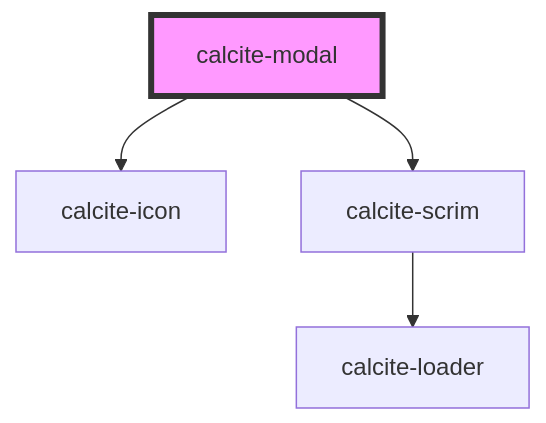
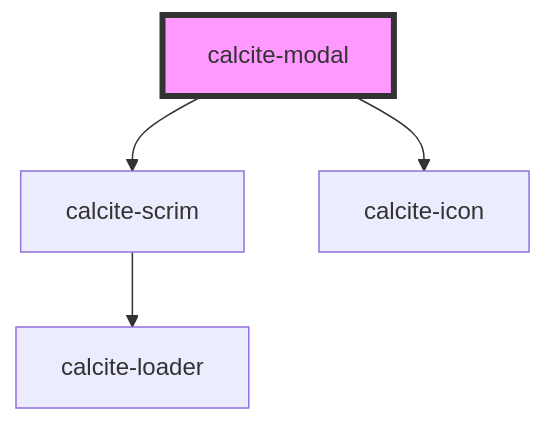
The diagram in src/components/calcite-modal/readme.md (vikivakarvc/calcite-design-system), drawn with Mermaid before and after one commit. The commit also changed other lines of this file and 4 other files, not shown here.

Commit message:
:sparkles: calcite-modal: allow size to accept a specific pixel width (#239)

````diff
--- a/src/components/calcite-modal/readme.md
+++ b/src/components/calcite-modal/readme.md
@@ -107,7 +107,7 @@
 ```mermaid
 graph TD;
+  calcite-modal --> calcite-scrim
   calcite-modal --> calcite-icon
-  calcite-modal --> calcite-scrim
   calcite-scrim --> calcite-loader
   style calcite-modal fill:#f9f,stroke:#333,stroke-width:4px
 ```
````
